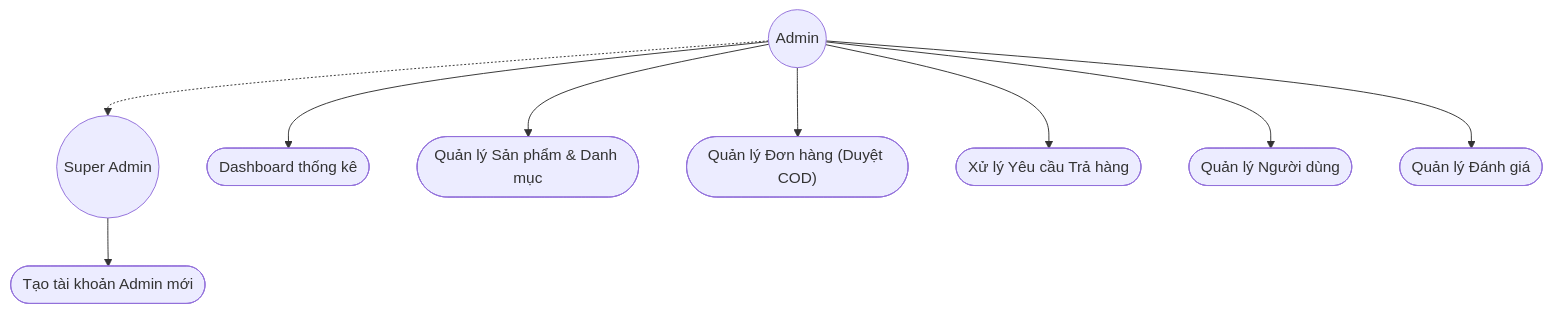
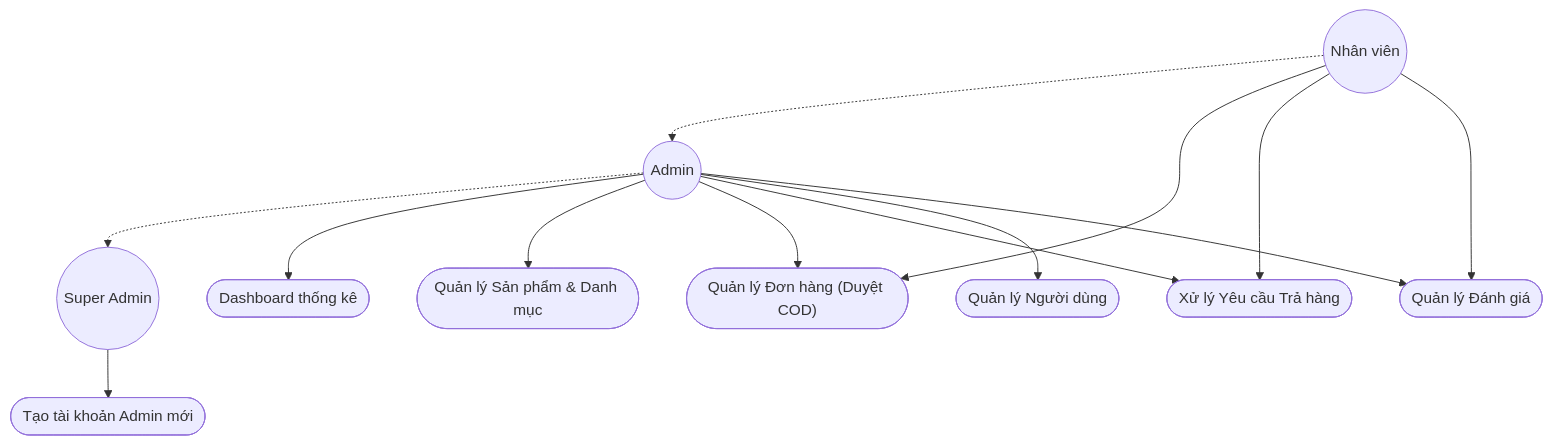
The third of 6 diagrams in docs/backlogs/SRS.md (trungta897/Ecommerce-with-suggestion), drawn with Mermaid before and after one commit. The commit also changed other lines of this file and 6 other files, not shown here.

````diff
--- a/docs/backlogs/SRS.md
+++ b/docs/backlogs/SRS.md
@@ -124,24 +124,30 @@
 ```mermaid
 flowchart TD
+    Employee(("Nhân viên"))
     Admin(("Admin"))
     SAdmin(("Super Admin"))
 
+    Employee -.-> Admin
     Admin -.-> SAdmin
 
     UC1(["Dashboard thống kê"])
     UC2(["Quản lý Sản phẩm & Danh mục"])
     UC3(["Quản lý Đơn hàng (Duyệt COD)"])
     UC4(["Xử lý Yêu cầu Trả hàng"])
     UC5(["Quản lý Người dùng"])
     UC6(["Quản lý Đánh giá"])
     UC7(["Tạo tài khoản Admin mới"])
 
+    Employee --> UC3
+    Employee --> UC4
+    Employee --> UC6
+
     Admin --> UC1
     Admin --> UC2
     Admin --> UC3
     Admin --> UC4
     Admin --> UC5
     Admin --> UC6
 
     SAdmin --> UC7
 ```
````
